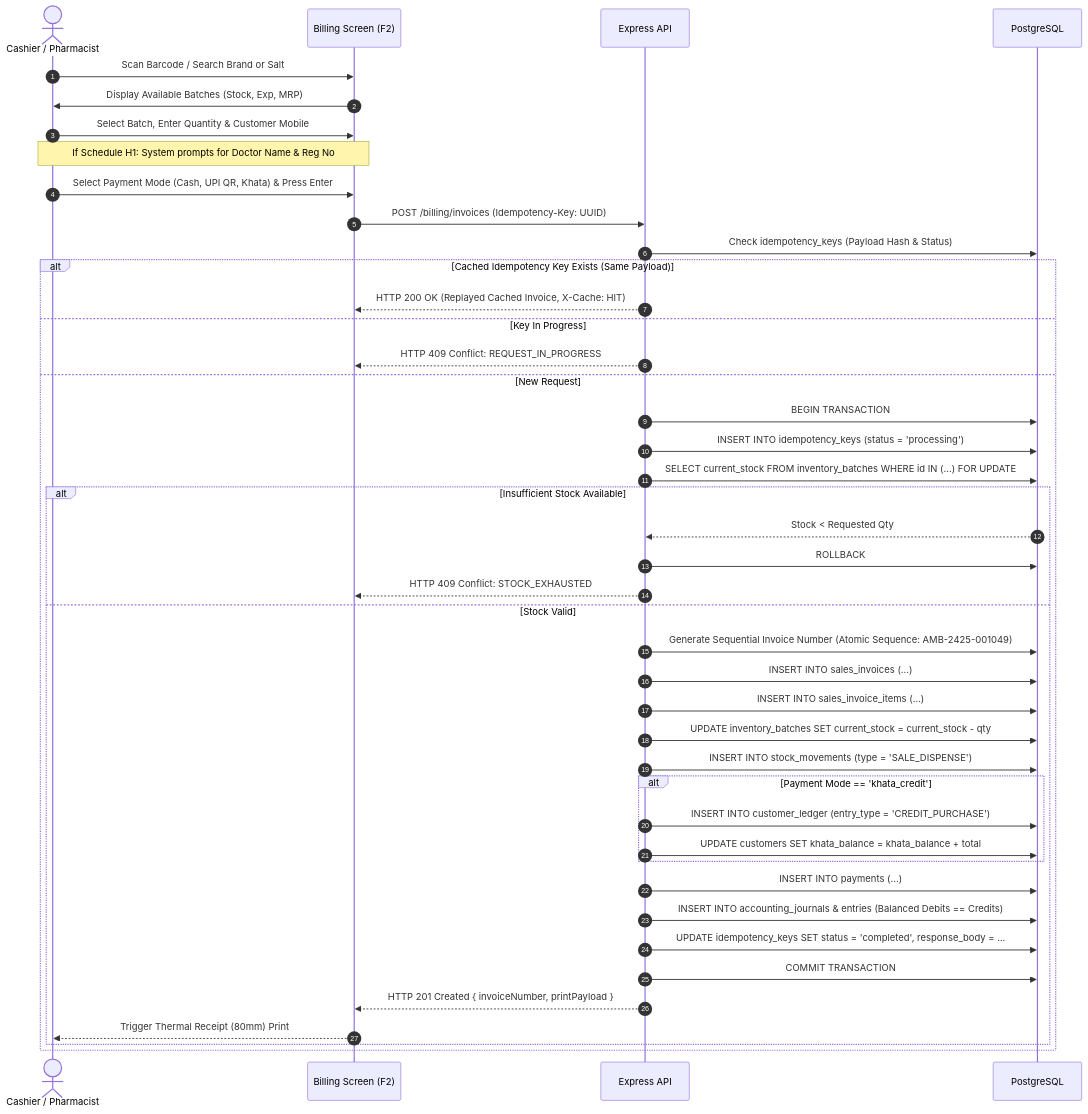
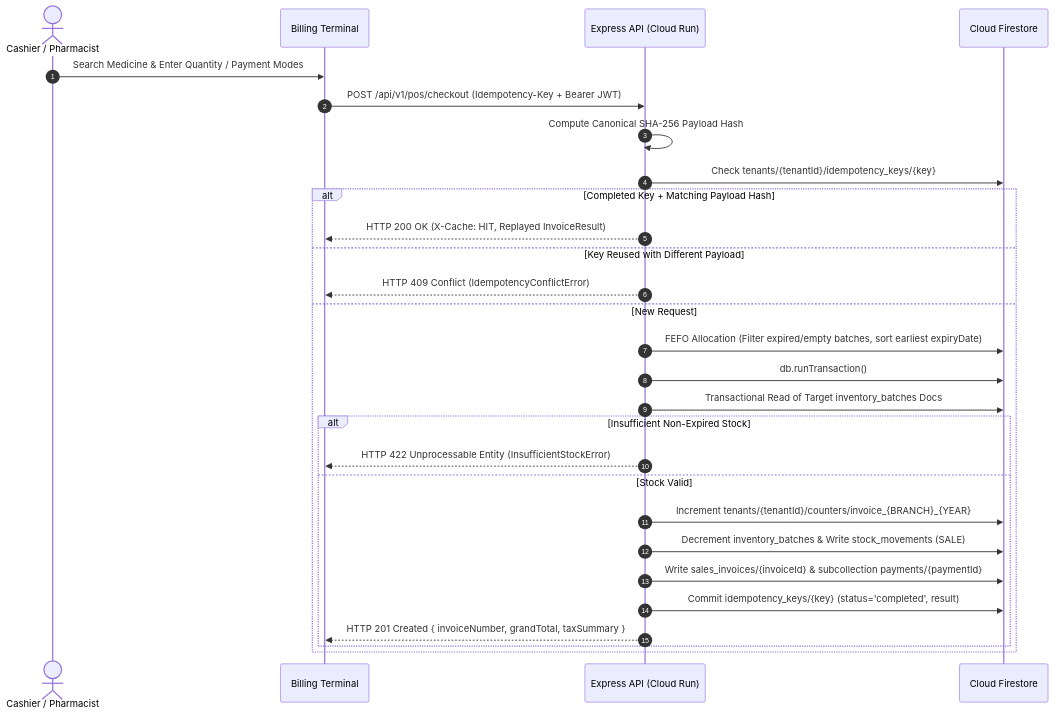
One commit to dhandesaurav37/pharmadesk changed the fourth of 4 diagrams in docs/business-workflows.md. Above: the diagram before and after it, drawn with Mermaid. The commit also changed other lines of this file and 37 other files, not shown here.

````diff
--- a/docs/business-workflows.md
+++ b/docs/business-workflows.md
@@ -128,46 +100,31 @@
 ```mermaid
 sequenceDiagram
     autonumber
     actor Cashier as Cashier / Pharmacist
-    participant POS as Billing Screen (F2)
-    participant API as Express API
-    participant DB as PostgreSQL
+    participant POS as Billing Terminal
+    participant API as Express API (Cloud Run)
+    participant FS as Cloud Firestore
 
-    Cashier->>POS: Scan Barcode / Search Brand or Salt
-    POS->>Cashier: Display Available Batches (Stock, Exp, MRP)
-    Cashier->>POS: Select Batch, Enter Quantity & Customer Mobile
-    Note over Cashier,POS: If Schedule H1: System prompts for Doctor Name & Reg No
-    Cashier->>POS: Select Payment Mode (Cash, UPI QR, Khata) & Press Enter
-    POS->>API: POST /billing/invoices (Idempotency-Key: UUID)
-    API->>DB: Check idempotency_keys (Payload Hash & Status)
-    alt Cached Idempotency Key Exists (Same Payload)
-        API-->>POS: HTTP 200 OK (Replayed Cached Invoice, X-Cache: HIT)
-    else Key In Progress
-        API-->>POS: HTTP 409 Conflict: REQUEST_IN_PROGRESS
+    Cashier->>POS: Search Medicine & Enter Quantity / Payment Modes
+    POS->>API: POST /api/v1/pos/checkout (Idempotency-Key + Bearer JWT)
+    API->>API: Compute Canonical SHA-256 Payload Hash
+    API->>FS: Check tenants/{tenantId}/idempotency_keys/{key}
+    alt Completed Key + Matching Payload Hash
+        API-->>POS: HTTP 200 OK (X-Cache: HIT, Replayed InvoiceResult)
+    else Key Reused with Different Payload
+        API-->>POS: HTTP 409 Conflict (IdempotencyConflictError)
     else New Request
-        API->>DB: BEGIN TRANSACTION
-        API->>DB: INSERT INTO idempotency_keys (status = 'processing')
-        API->>DB: SELECT current_stock FROM inventory_batches WHERE id IN (...) FOR UPDATE
-        alt Insufficient Stock Available
-            DB-->>API: Stock < Requested Qty
-            API->>DB: ROLLBACK
-            API-->>POS: HTTP 409 Conflict: STOCK_EXHAUSTED
+        API->>FS: FEFO Allocation (Filter expired/empty batches, sort earliest expiryDate)
+        API->>FS: db.runTransaction()
+        API->>FS: Transactional Read of Target inventory_batches Docs
+        alt Insufficient Non-Expired Stock
+            API-->>POS: HTTP 422 Unprocessable Entity (InsufficientStockError)
         else Stock Valid
-            API->>DB: Generate Sequential Invoice Number (Atomic Sequence: AMB-2425-001049)
-            API->>DB: INSERT INTO sales_invoices (...)
-            API->>DB: INSERT INTO sales_invoice_items (...)
-            API->>DB: UPDATE inventory_batches SET current_stock = current_stock - qty
-            API->>DB: INSERT INTO stock_movements (type = 'SALE_DISPENSE')
-            alt Payment Mode == 'khata_credit'
-                API->>DB: INSERT INTO customer_ledger (entry_type = 'CREDIT_PURCHASE')
-                API->>DB: UPDATE customers SET khata_balance = khata_balance + total
-            end
-            API->>DB: INSERT INTO payments (...)
-            API->>DB: INSERT INTO accounting_journals & entries (Balanced Debits == Credits)
-            API->>DB: UPDATE idempotency_keys SET status = 'completed', response_body = ...
-            API->>DB: COMMIT TRANSACTION
-            API-->>POS: HTTP 201 Created { invoiceNumber, printPayload }
-            POS-->>Cashier: Trigger Thermal Receipt (80mm) Print
+            API->>FS: Increment tenants/{tenantId}/counters/invoice_{BRANCH}_{YEAR}
+            API->>FS: Decrement inventory_batches & Write stock_movements (SALE)
+            API->>FS: Write sales_invoices/{invoiceId} & subcollection payments/{paymentId}
+            API->>FS: Commit idempotency_keys/{key} (status='completed', result)
+            API-->>POS: HTTP 201 Created { invoiceNumber, grandTotal, taxSummary }
         end
     end
 ```
````
